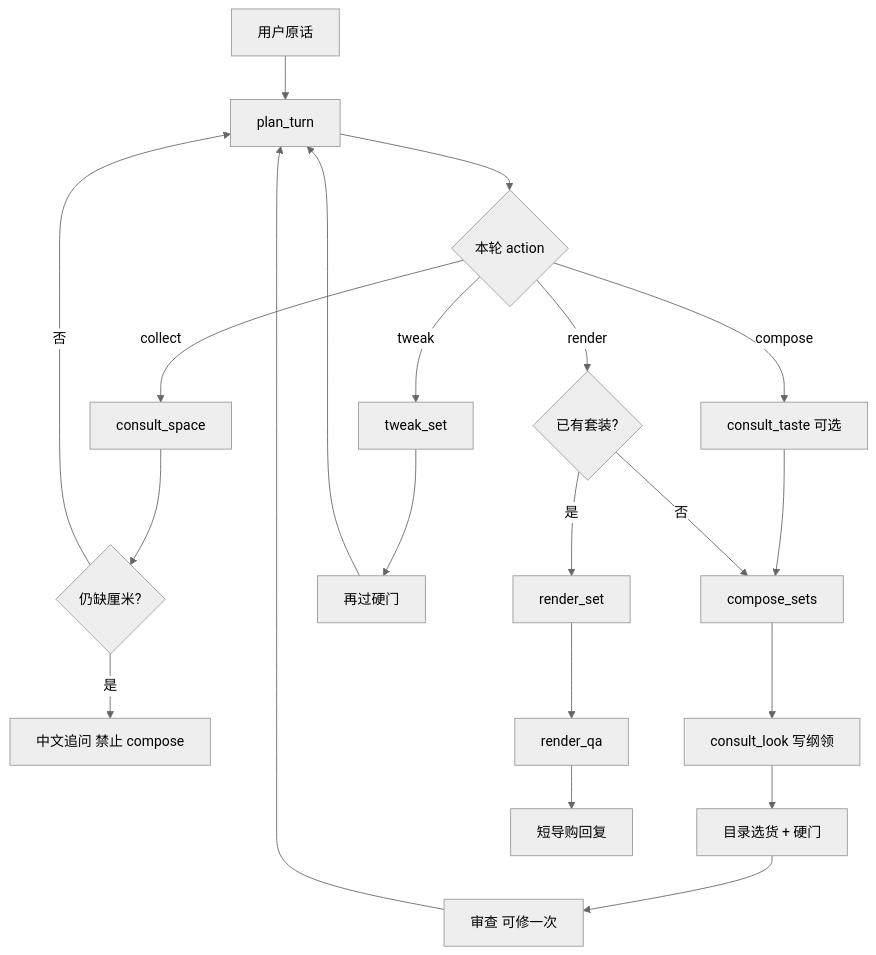
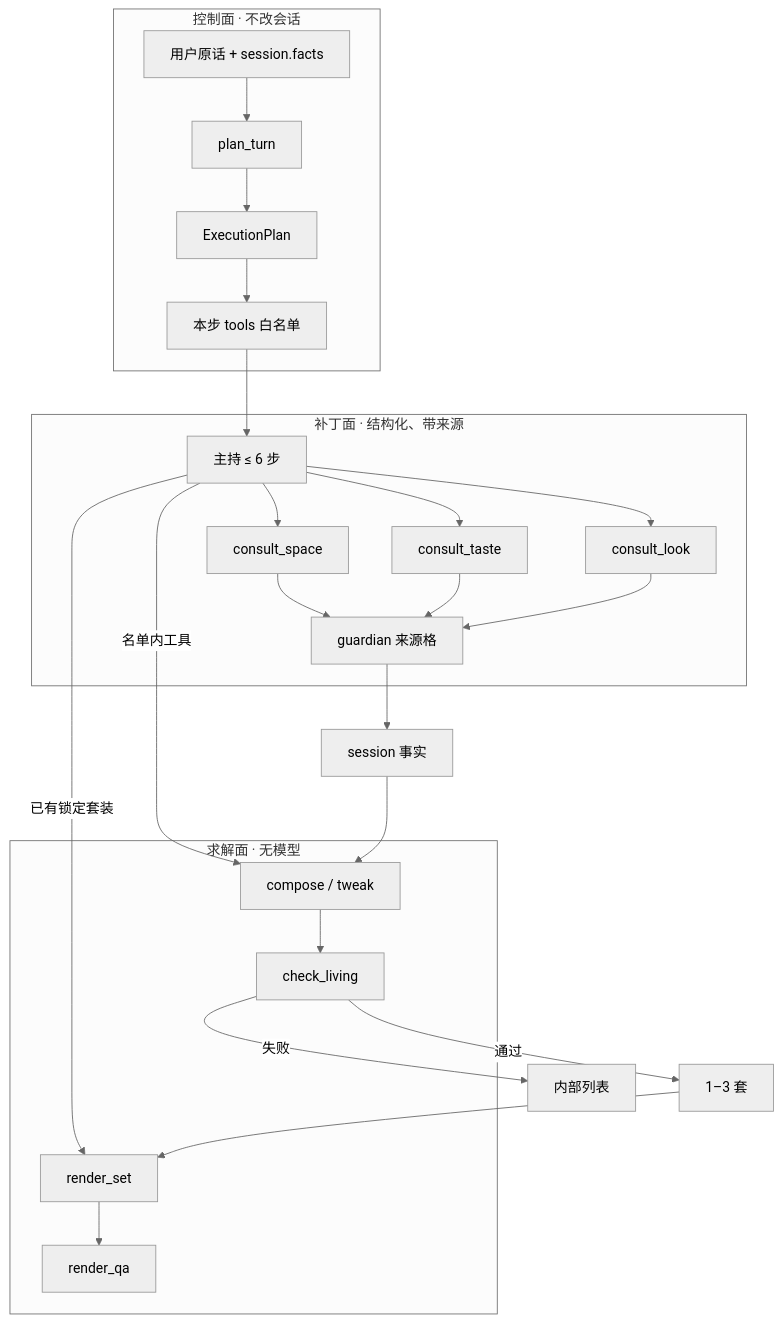
Before and after one commit to mengtian-7001/this-living-room-intro: the fourth of 5 diagrams in README.md, drawn with Mermaid (neutral theme). The commit also changed other lines of this file and 1 other file, not shown here.

First line of the commit message:
Raise the agent-planning section to a typed control plane.

````diff
--- a/README.md
+++ b/README.md
@@ -230,27 +219,31 @@
 ```mermaid
 flowchart TB
-  T[用户原话] --> PLAN[plan_turn]
-  PLAN --> ACT{本轮 action}
+  subgraph control [控制面 · 不改会话]
+    U[用户原话 + session.facts] --> P[plan_turn]
+    P --> EP[ExecutionPlan]
+    EP --> WL[本步 tools 白名单]
+  end
 
-  ACT -->|collect| SP[consult_space]
-  SP --> MISS{仍缺厘米?}
-  MISS -->|是| ASK[中文追问 禁止 compose]
-  MISS -->|否| PLAN
+  subgraph patch [补丁面 · 结构化、带来源]
+    H[主持 ≤ 6 步] --> SP[consult_space]
+    H --> TA[consult_taste]
+    H --> LK[consult_look]
+    SP --> G[guardian 来源格]
+    TA --> G
+    LK --> G
+  end
 
-  ACT -->|compose| TA[consult_taste 可选]
-  TA --> CS[compose_sets]
-  CS --> LOOK[consult_look 写纲领]
-  LOOK --> SOLVE[目录选货 + 硬门]
-  SOLVE --> REV[审查 可修一次]
-  REV --> PLAN
+  subgraph solve [求解面 · 无模型]
+    C[compose / tweak] --> FIT[check_living]
+    R[render_set] --> QA[render_qa]
+  end
 
-  ACT -->|tweak| TW[tweak_set]
-  TW --> FIT2[再过硬门]
-  FIT2 --> PLAN
-
-  ACT -->|render| HAS{已有套装?}
-  HAS -->|否| CS
-  HAS -->|是| RS[render_set]
-  RS --> QA[render_qa]
-  QA --> REPLY[短导购回复]
+  WL --> H
+  G --> S[session 事实]
+  H -->|名单内工具| C
+  H -->|已有锁定套装| R
+  S --> C
+  FIT -->|失败| DROP[内部列表]
+  FIT -->|通过| KIT[1–3 套]
+  KIT --> R
 ```
````
